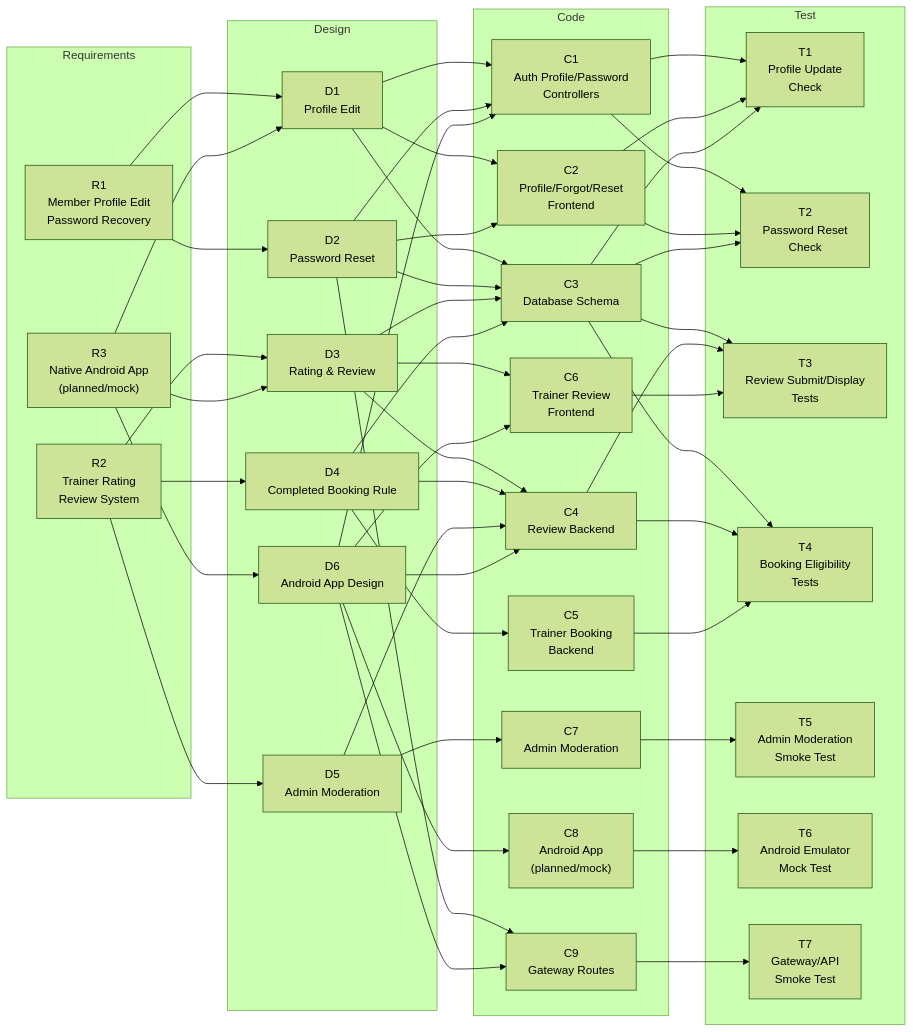
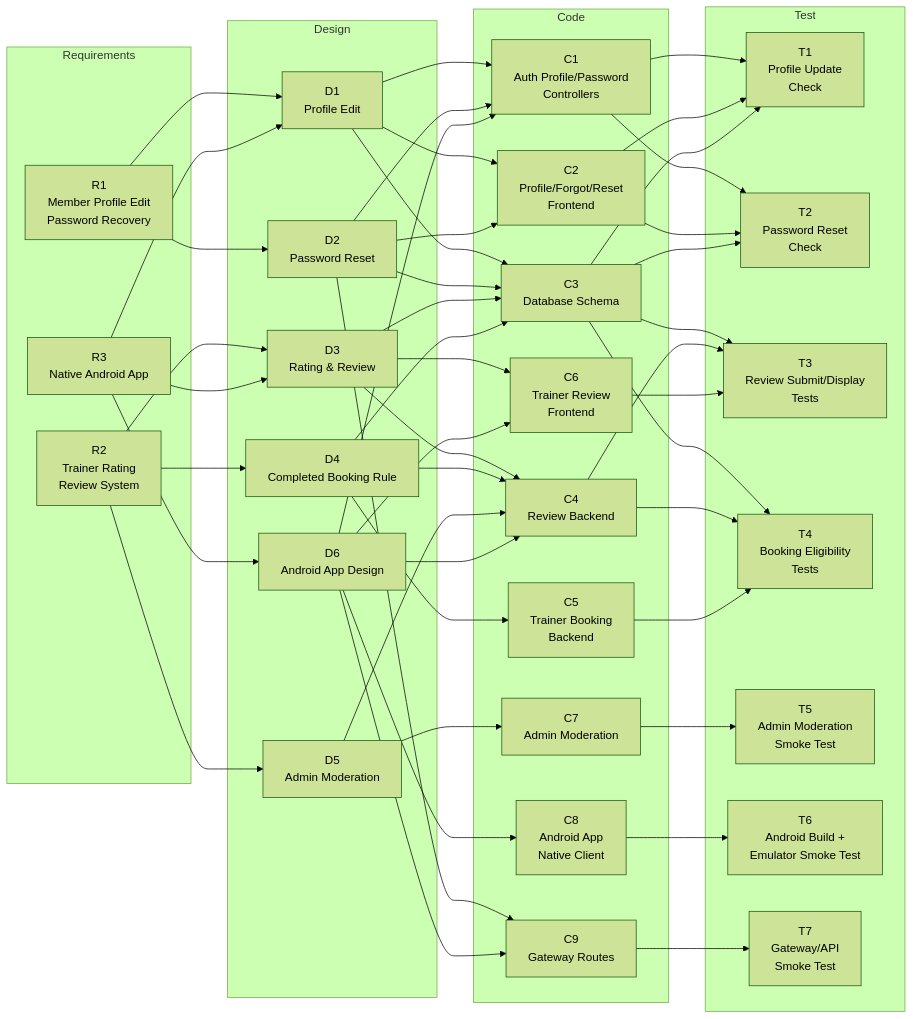
The first of 5 diagrams in D4_IMPACT_ANALYSIS.md (Fool-Penguin/2025-ITCS383-Bughair), drawn with Mermaid (forest theme) before and after one commit. The commit also changed other lines of this file and 1 other file, not shown here.

Commit message:
Update D4 Android impact analysis

```diff
--- a/D4_IMPACT_ANALYSIS.md
+++ b/D4_IMPACT_ANALYSIS.md
@@ -66,7 +66,7 @@
     subgraph REQ["Requirements"]
         R1["R1<br/>Member Profile Edit<br/>Password Recovery"]
         R2["R2<br/>Trainer Rating<br/>Review System"]
-        R3["R3<br/>Native Android App<br/>(planned/mock)"]
+        R3["R3<br/>Native Android App"]
     end
 
     subgraph DES["Design"]
@@ -86,7 +86,7 @@
         C5["C5<br/>Trainer Booking<br/>Backend"]
         C6["C6<br/>Trainer Review<br/>Frontend"]
         C7["C7<br/>Admin Moderation"]
-        C8["C8<br/>Android App<br/>(planned/mock)"]
+        C8["C8<br/>Android App<br/>Native Client"]
         C9["C9<br/>Gateway Routes"]
     end
 
@@ -96,7 +96,7 @@
         T3["T3<br/>Review Submit/Display<br/>Tests"]
         T4["T4<br/>Booking Eligibility<br/>Tests"]
         T5["T5<br/>Admin Moderation<br/>Smoke Test"]
-        T6["T6<br/>Android Emulator<br/>Mock Test"]
+        T6["T6<br/>Android Build +<br/>Emulator Smoke Test"]
         T7["T7<br/>Gateway/API<br/>Smoke Test"]
     end
 
```
